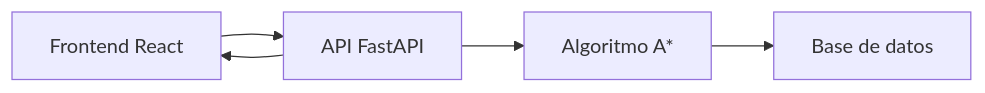
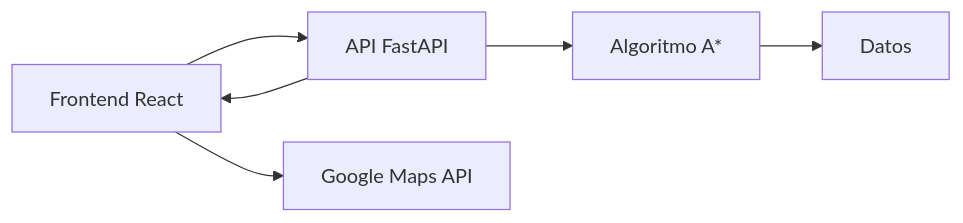
One commit to sgarnica1/subteBA-path changed the diagram in README.md. Above: the diagram before and after it, drawn with Mermaid.

````diff
--- a/README.md
+++ b/README.md
@@ -130,7 +130,8 @@
 ```mermaid
 graph LR
     A[Frontend React] --> B[API FastAPI]
     B --> C[Algoritmo A*]
-    C --> D[Base de datos]
+    C --> D[Datos]
     B --> A
+    A --> E[Google Maps API]
 ```
````
